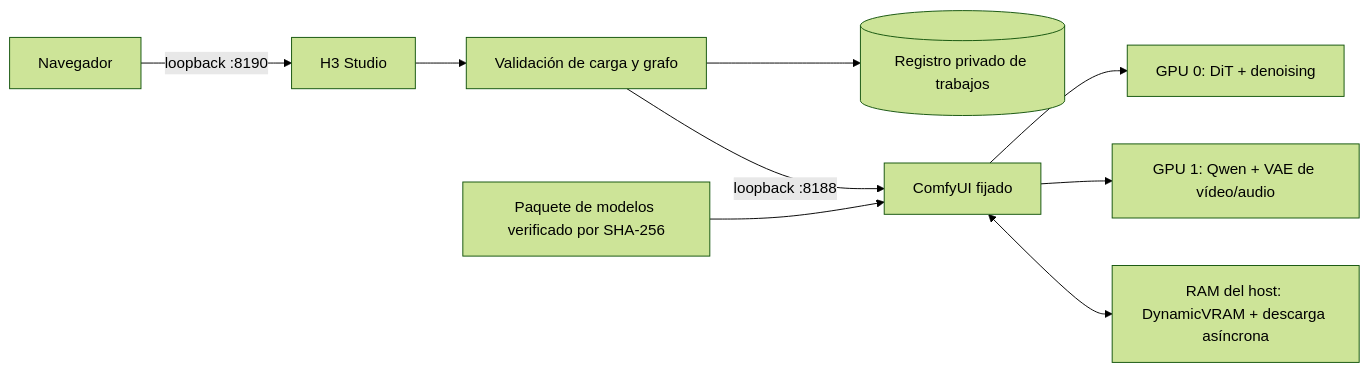
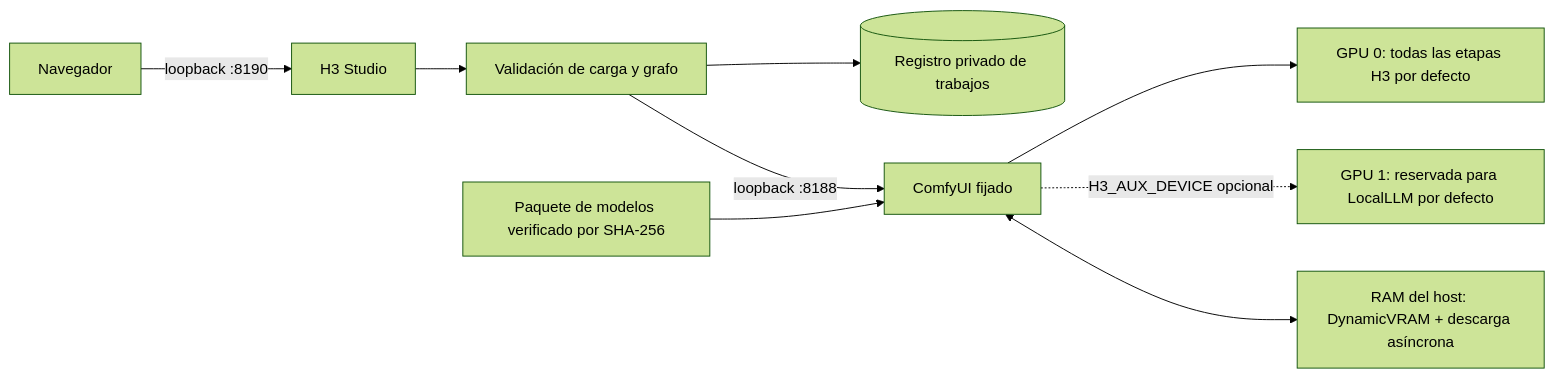
One commit to lachlanchen/LocalVideoGen changed the diagram in i18n/README.es.md. Above: the diagram before and after it, drawn with Mermaid (forest theme). The commit also changed other lines of this file and 28 other files, not shown here.

````diff
--- a/i18n/README.es.md
+++ b/i18n/README.es.md
@@ -54,11 +56,12 @@
 ```mermaid
 flowchart LR
     B[Navegador] -->|loopback :8190| S[H3 Studio]
     S --> V[Validación de carga y grafo]
     V --> J[(Registro privado de trabajos)]
     V -->|loopback :8188| C[ComfyUI fijado]
-    C --> G0[GPU 0: DiT + denoising]
-    C --> G1[GPU 1: Qwen + VAE de vídeo/audio]
+    C --> G0[GPU 0: todas las etapas H3 por defecto]
+    G1[GPU 1: reservada para LocalLLM por defecto]
+    C -. H3_AUX_DEVICE opcional .-> G1
     C <--> R[RAM del host: DynamicVRAM + descarga asíncrona]
     M[Paquete de modelos verificado por SHA-256] --> C
 ```
````
